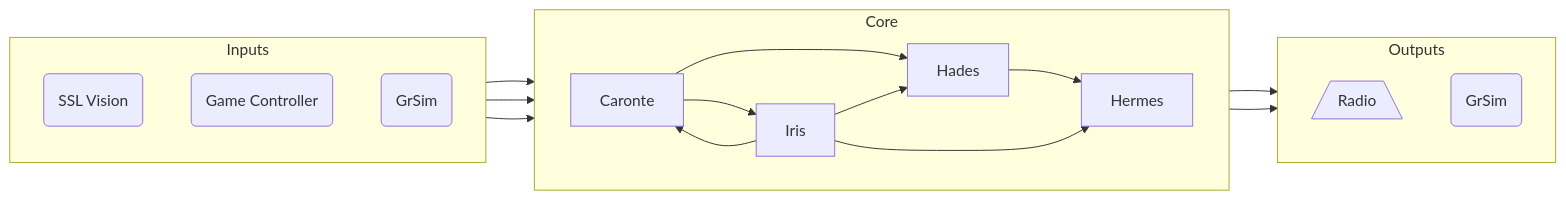
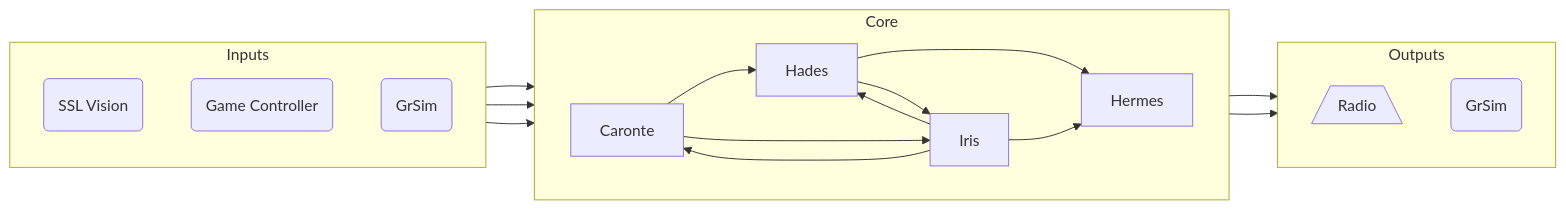
Before and after one commit to Cerberus-Robotica/Core: the diagram in README.md, drawn with Mermaid. The commit also changed 1 other file, not shown here.

Commit message:
HADES: added UML Class diagram

````diff
--- a/README.md
+++ b/README.md
@@ -5,37 +5,38 @@
 ```mermaid
 flowchart LR
     %% --- Entradas ---
     subgraph Inputs
         direction TB
         vision("SSL Vision")
         GC("Game Controller")
         grsim("GrSim")
     end
 
     %% --- Núcleo ---
     subgraph Core
         direction LR
         Caronte["Caronte"] --> Hades["Hades"]
         Caronte --> Iris["Iris"]
         Hades --> Hermes["Hermes"]
+        Hades --> Iris
         Iris --> Hades
         Iris --> Hermes
         Iris --> Caronte
     end
 
     %% --- Saídas ---
     subgraph Outputs
         direction TB
         radio[/Radio\]
         grsim_out("GrSim")
     end
 
     %% Conexões externas
     vision --> Caronte
     GC --> Caronte
     grsim --> Caronte
 
     Hermes --> grsim_out
     Hermes --> radio
 
 ```
````
